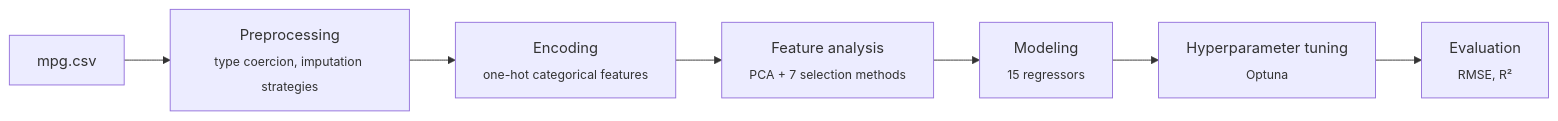
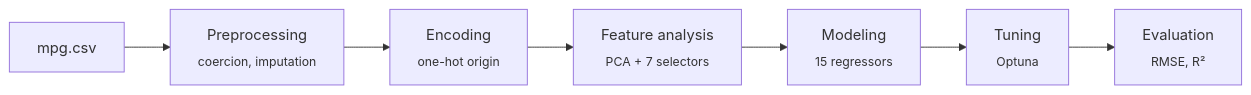
The diagram in README.md (Akshayaamahesh/Auto-MPG-Detection), drawn with Mermaid before and after one commit. The commit also changed other lines of this file and 1 other file, not shown here.

````diff
--- a/README.md
+++ b/README.md
@@ -31,9 +84,9 @@
 ```mermaid
 flowchart LR
-    D[mpg.csv] --> P[Preprocessing<br/><sub>type coercion, imputation strategies</sub>]
-    P --> E[Encoding<br/><sub>one-hot categorical features</sub>]
-    E --> F[Feature analysis<br/><sub>PCA + 7 selection methods</sub>]
+    D[mpg.csv] --> P[Preprocessing<br/><sub>coercion, imputation</sub>]
+    P --> E[Encoding<br/><sub>one-hot origin</sub>]
+    E --> F[Feature analysis<br/><sub>PCA + 7 selectors</sub>]
     F --> M[Modeling<br/><sub>15 regressors</sub>]
-    M --> H[Hyperparameter tuning<br/><sub>Optuna</sub>]
+    M --> H[Tuning<br/><sub>Optuna</sub>]
     H --> V[Evaluation<br/><sub>RMSE, R²</sub>]
 ```
````
